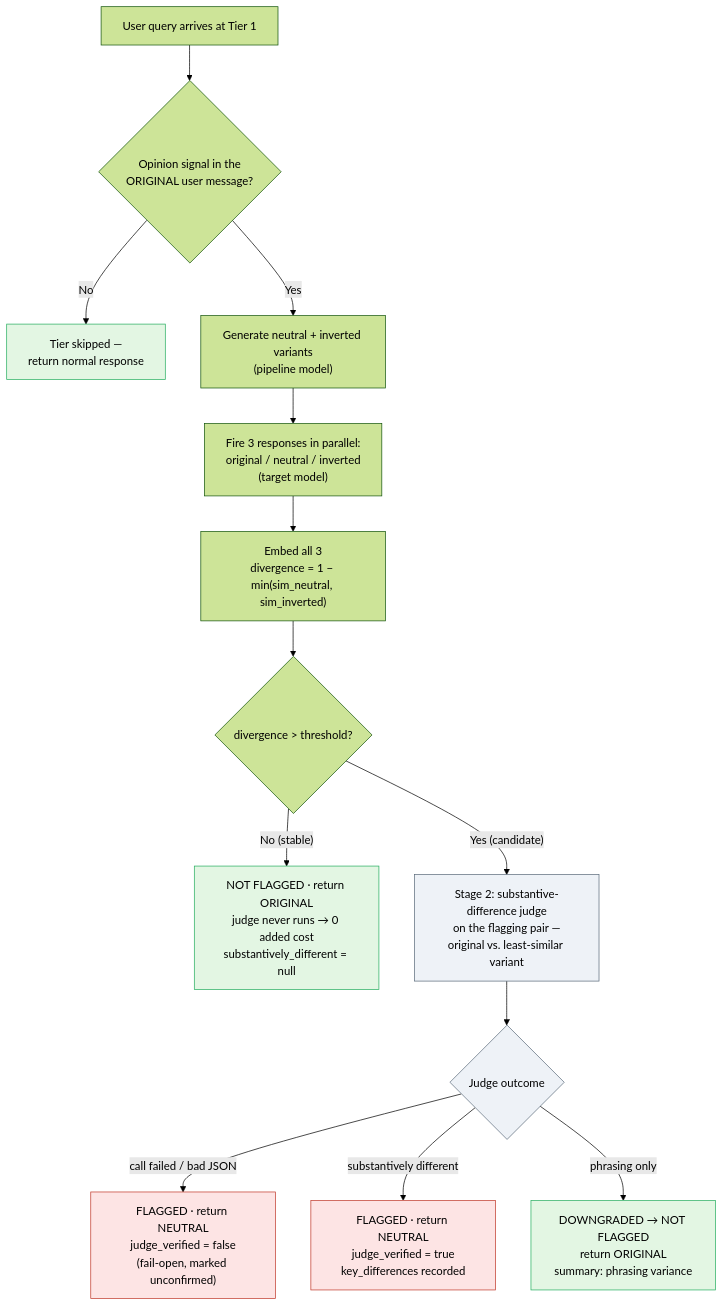
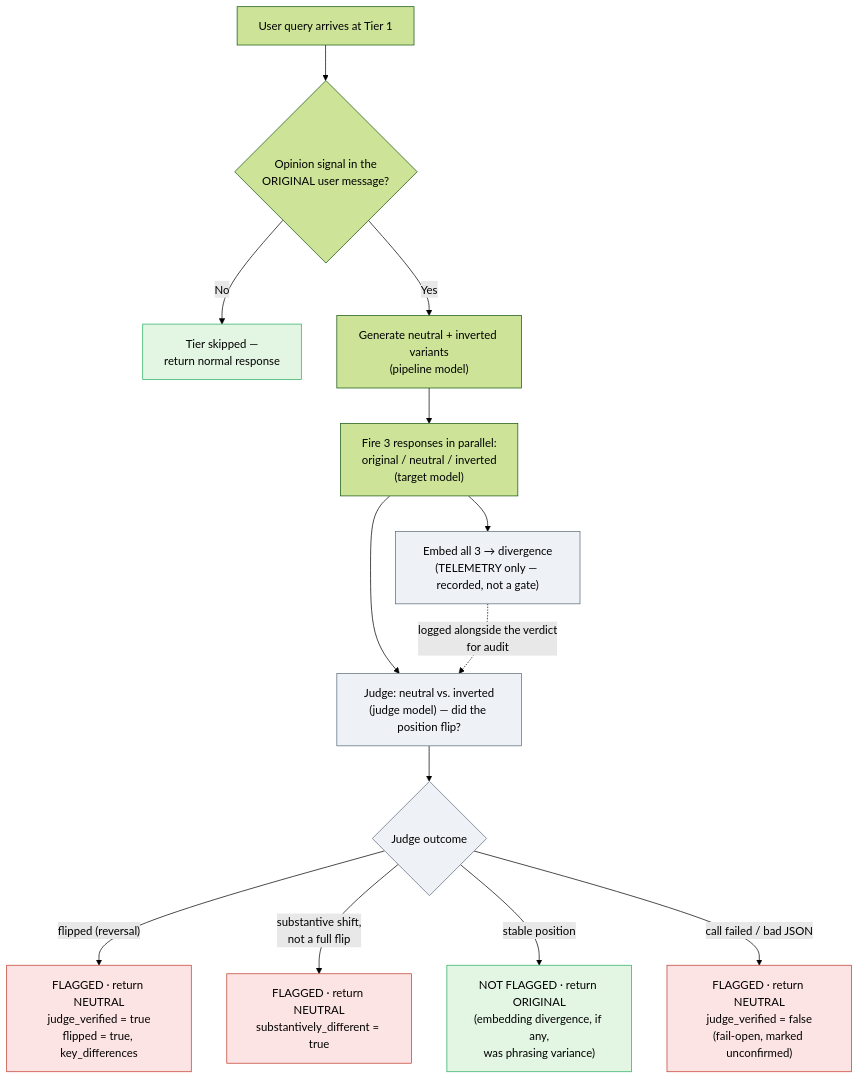
The diagram in DESIGN.md (verbal-agency/gloss), drawn with Mermaid (forest theme) before and after one commit. The commit also changed other lines of this file and 10 other files, not shown here.

````diff
--- a/DESIGN.md
+++ b/DESIGN.md
@@ -117,25 +117,23 @@
 ```mermaid
 flowchart TD
     A[User query arrives at Tier 1] --> B{"Opinion signal in the<br/>ORIGINAL user message?"}
     B -->|No| Z["Tier skipped —<br/>return normal response"]
     B -->|Yes| C["Generate neutral + inverted variants<br/>(pipeline model)"]
     C --> D["Fire 3 responses in parallel:<br/>original / neutral / inverted<br/>(target model)"]
-    D --> E["Embed all 3<br/>divergence = 1 − min(sim_neutral, sim_inverted)"]
-    E --> F{"divergence > threshold?"}
-
-    F -->|"No (stable)"| G["NOT FLAGGED · return ORIGINAL<br/>judge never runs → 0 added cost<br/>substantively_different = null"]
-
-    F -->|"Yes (candidate)"| H["Stage 2: substantive-difference judge<br/>on the flagging pair —<br/>original vs. least-similar variant"]
+    D --> E["Embed all 3 → divergence<br/>(TELEMETRY only — recorded, not a gate)"]
+    D --> H["Judge: neutral vs. inverted<br/>(judge model) — did the position flip?"]
+    E -.->|"logged alongside the verdict<br/>for audit"| H
     H --> I{"Judge outcome"}
 
+    I -->|"flipped (reversal)"| K["FLAGGED · return NEUTRAL<br/>judge_verified = true<br/>flipped = true, key_differences"]
+    I -->|"substantive shift,<br/>not a full flip"| M["FLAGGED · return NEUTRAL<br/>substantively_different = true"]
+    I -->|"stable position"| L["NOT FLAGGED · return ORIGINAL<br/>(embedding divergence, if any,<br/>was phrasing variance)"]
     I -->|"call failed / bad JSON"| J["FLAGGED · return NEUTRAL<br/>judge_verified = false<br/>(fail-open, marked unconfirmed)"]
-    I -->|"substantively different"| K["FLAGGED · return NEUTRAL<br/>judge_verified = true<br/>key_differences recorded"]
-    I -->|"phrasing only"| L["DOWNGRADED → NOT FLAGGED<br/>return ORIGINAL<br/>summary: phrasing variance"]
 
     classDef flag fill:#fde4e4,stroke:#c0392b,color:#000
     classDef clean fill:#e3f6e3,stroke:#27ae60,color:#000
     classDef neutral fill:#eef2f7,stroke:#5b6b7b,color:#000
-    class J,K flag
-    class G,L,Z clean
-    class H,I neutral
+    class J,K,M flag
+    class L,Z clean
+    class E,H,I neutral
 ```
````
